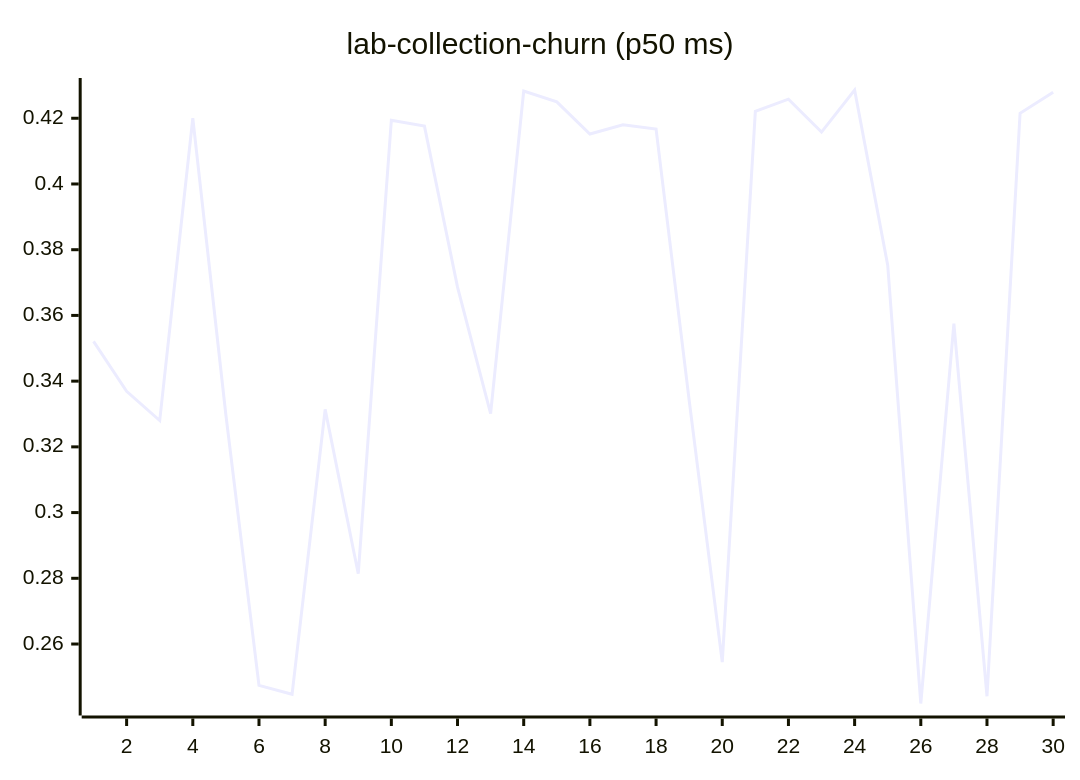
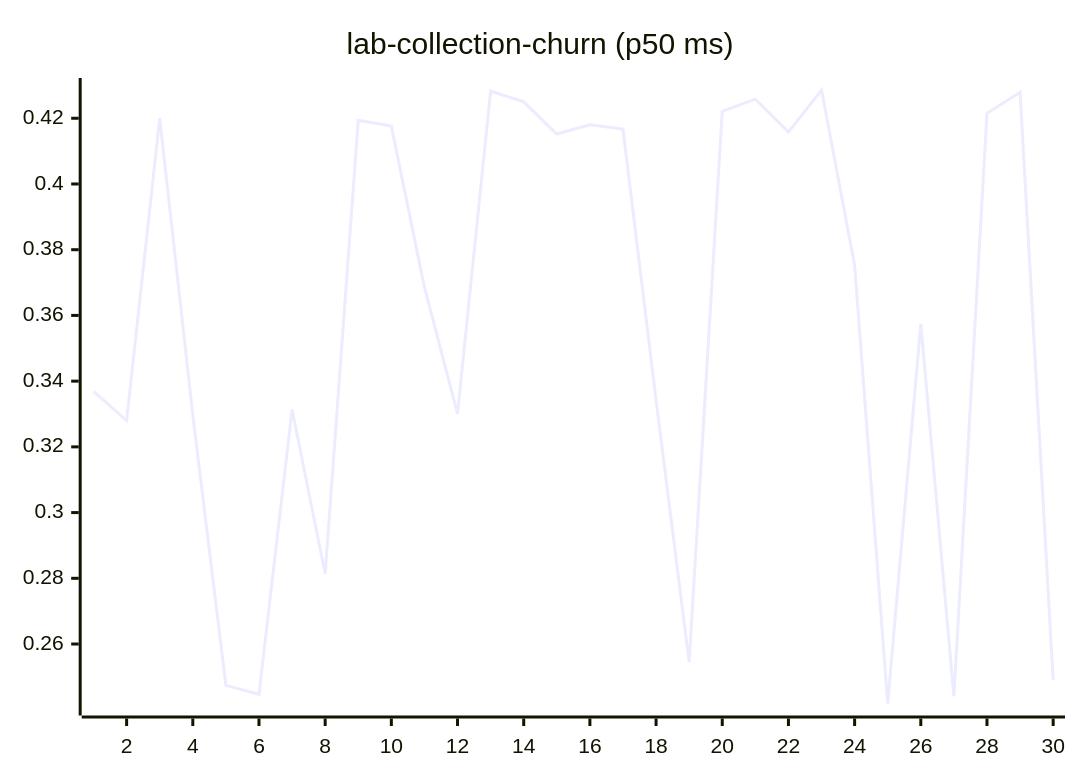
Before and after one commit to josha/Facet: diagram 11 of 27 in README.md, drawn with Mermaid. The commit also changed other lines of this file and 2 other files, not shown here.

````diff
--- a/README.md
+++ b/README.md
@@ -133,6 +133,6 @@
 ```mermaid
 xychart-beta
     title "lab-collection-churn (p50 ms)"
     x-axis 1 --> 30
-    line [0.3521, 0.3369, 0.3280, 0.4200, 0.3297, 0.2474, 0.2447, 0.3314, 0.2814, 0.4194, 0.4176, 0.3686, 0.3301, 0.4283, 0.4250, 0.4152, 0.4180, 0.4167, 0.3342, 0.2545, 0.4221, 0.4258, 0.4158, 0.4286, 0.3753, 0.2419, 0.3575, 0.2441, 0.4215, 0.4279]
+    line [0.3369, 0.3280, 0.4200, 0.3297, 0.2474, 0.2447, 0.3314, 0.2814, 0.4194, 0.4176, 0.3686, 0.3301, 0.4283, 0.4250, 0.4152, 0.4180, 0.4167, 0.3342, 0.2545, 0.4221, 0.4258, 0.4158, 0.4286, 0.3753, 0.2419, 0.3575, 0.2441, 0.4215, 0.4279, 0.2490]
 ```
````
